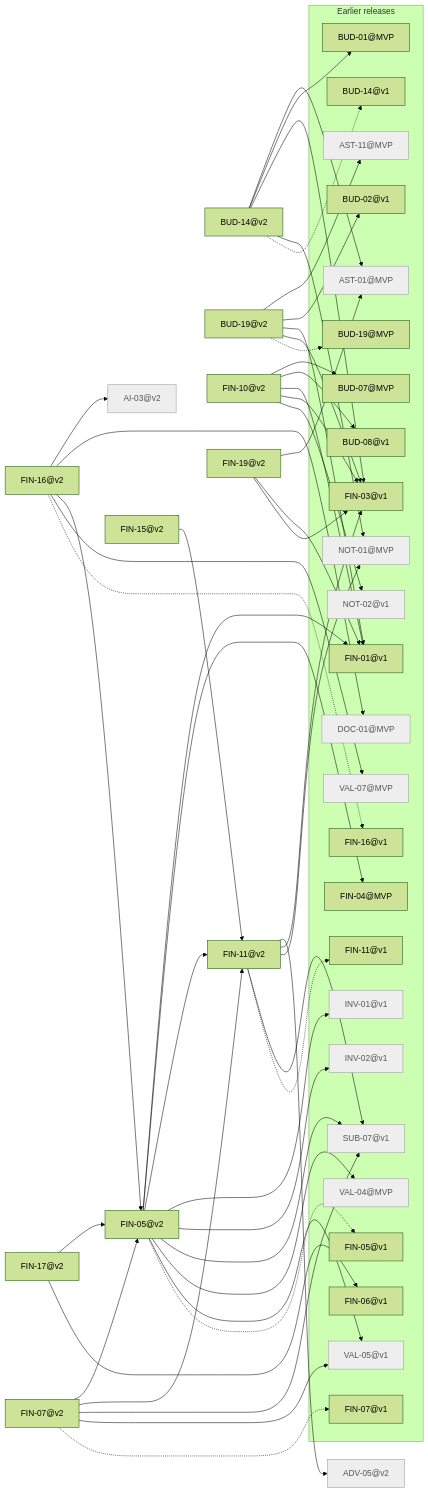
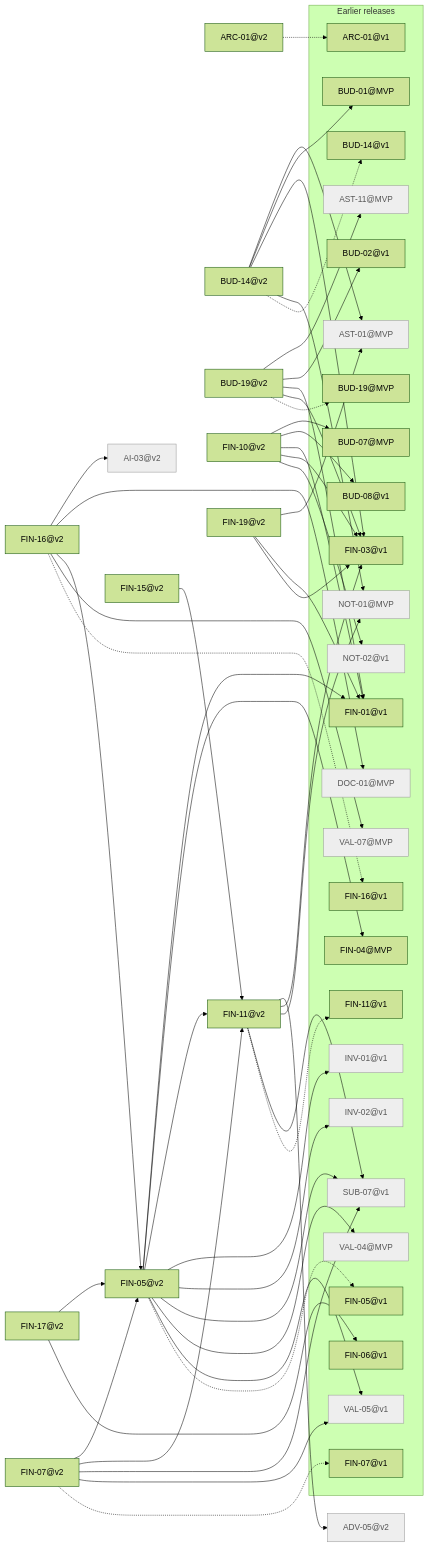
Before and after one commit to minakovval/Willowsum: the diagram in docs/traceability/release-v2.md, drawn with Mermaid (forest theme). The commit also changed other lines of this file and 37 other files, not shown here.

```diff
--- a/docs/traceability/release-v2.md
+++ b/docs/traceability/release-v2.md
@@ -27,6 +28,7 @@
 flowchart LR
   ADV_05_v2["ADV-05@v2"]
   AI_03_v2["AI-03@v2"]
+  ARC_01_v2["ARC-01@v2"]
   BUD_14_v2["BUD-14@v2"]
   BUD_19_v2["BUD-19@v2"]
   FIN_05_v2["FIN-05@v2"]
@@ -38,6 +40,7 @@
   FIN_17_v2["FIN-17@v2"]
   FIN_19_v2["FIN-19@v2"]
   subgraph earlier["Earlier releases"]
+    ARC_01_v1["ARC-01@v1"]
     AST_01_MVP["AST-01@MVP"]
     AST_11_MVP["AST-11@MVP"]
     BUD_01_MVP["BUD-01@MVP"]
@@ -64,6 +67,7 @@
     VAL_05_v1["VAL-05@v1"]
     VAL_07_MVP["VAL-07@MVP"]
   end
+  ARC_01_v2 -.-> ARC_01_v1
   BUD_14_v2 --> AST_01_MVP
   BUD_14_v2 --> BUD_01_MVP
   BUD_14_v2 --> FIN_03_v1
```
